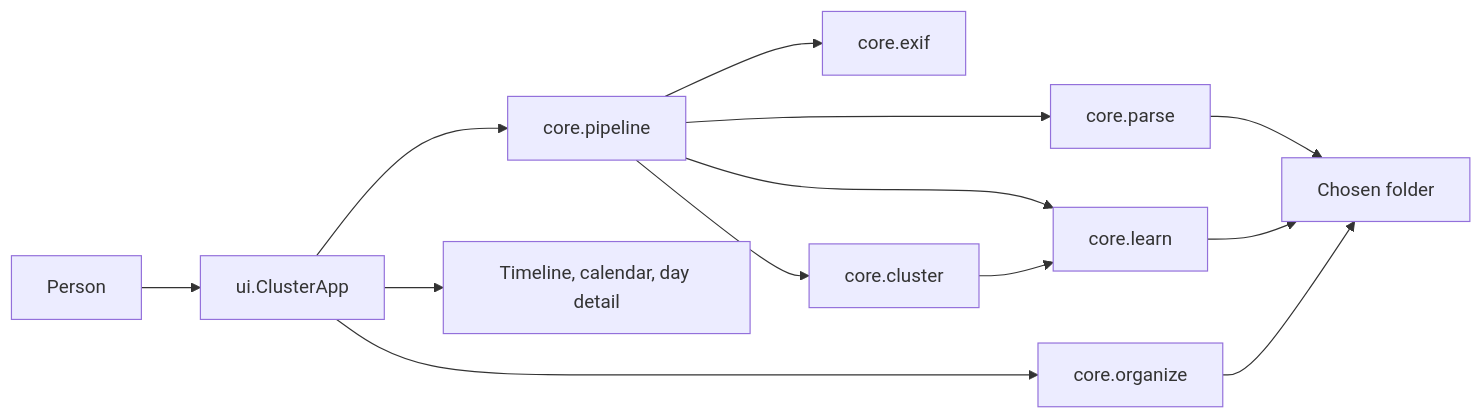
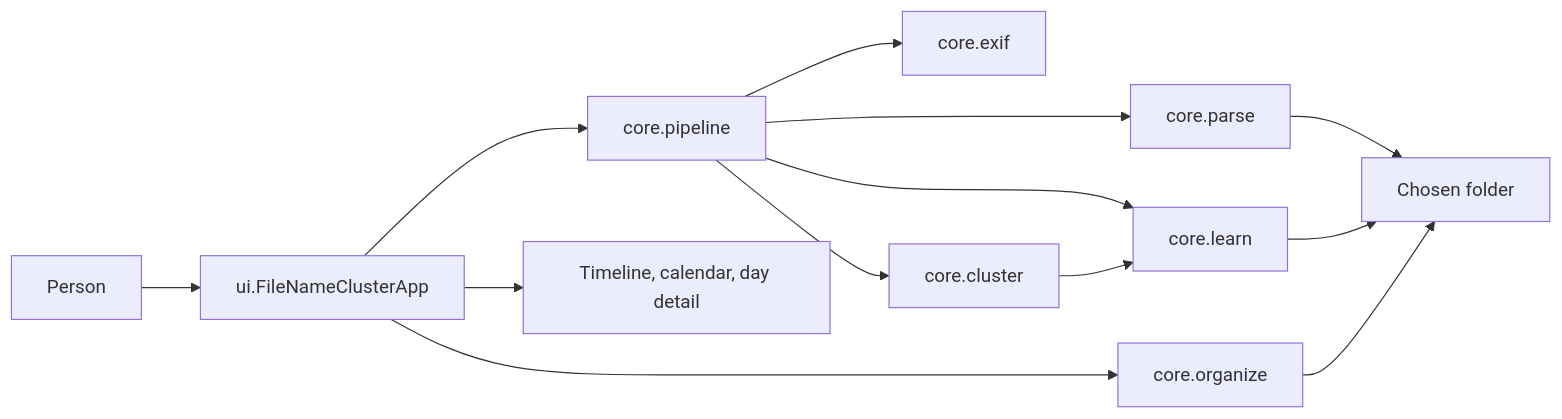
The first of 5 diagrams in docs/architecture.md (rvcgeeks/filenamecluster), drawn with Mermaid before and after one commit. The commit also changed other lines of this file and 73 other files, not shown here.

````diff
--- a/docs/architecture.md
+++ b/docs/architecture.md
@@ -13,15 +13,15 @@
 ```mermaid
 flowchart LR
-    person["Person"] --> ui["ui.ClusterApp"]
+    person["Person"] --> ui["ui.FileNameClusterApp"]
     ui --> pipe["core.pipeline"]
     pipe --> parse["core.parse"]
     pipe --> exif["core.exif"]
     pipe --> cluster["core.cluster"]
     pipe --> learn["core.learn"]
     cluster --> learn
     ui --> org["core.organize"]
     parse --> folder["Chosen folder"]
     learn --> folder
     org --> folder
     ui --> views["Timeline, calendar, day detail"]
 ```
````
